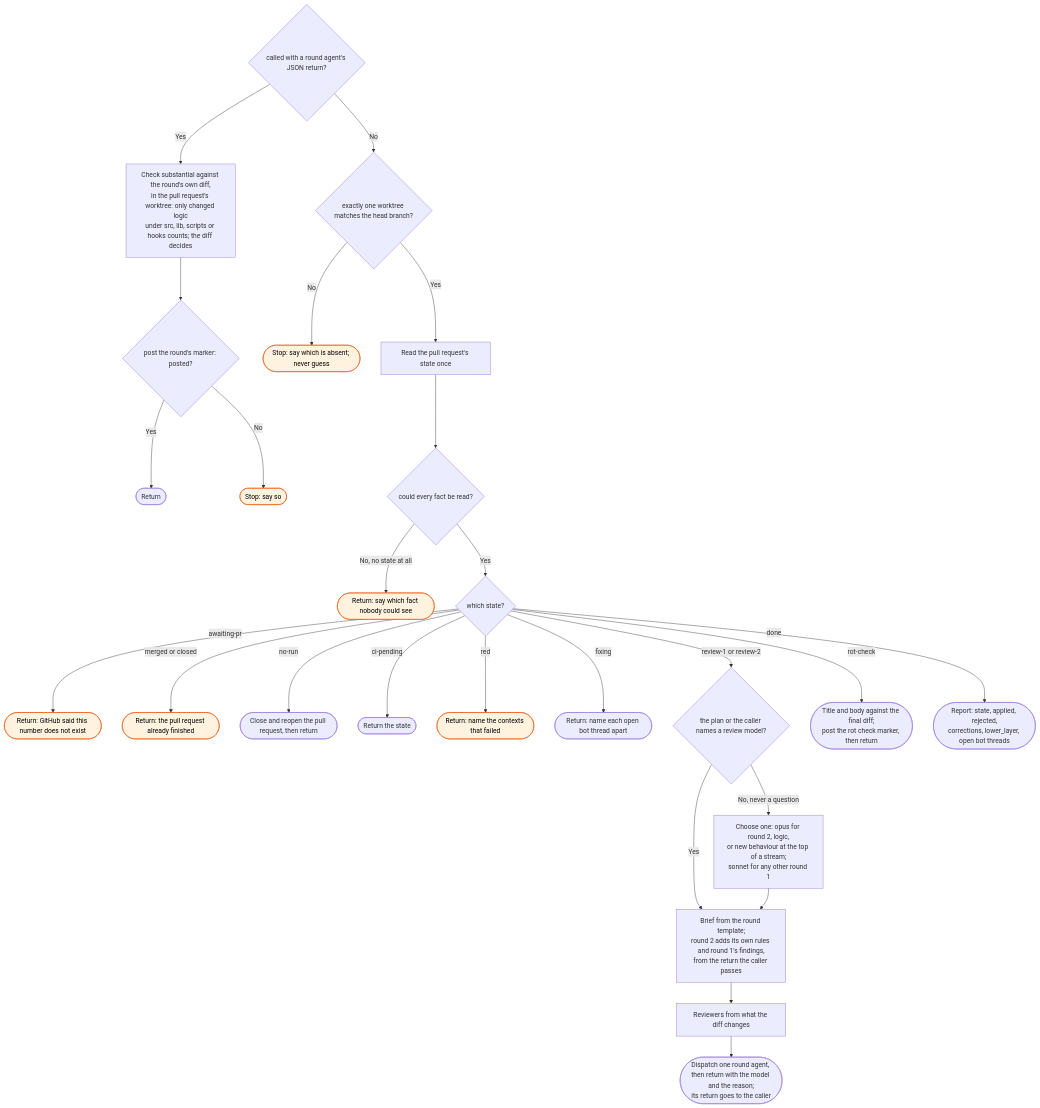
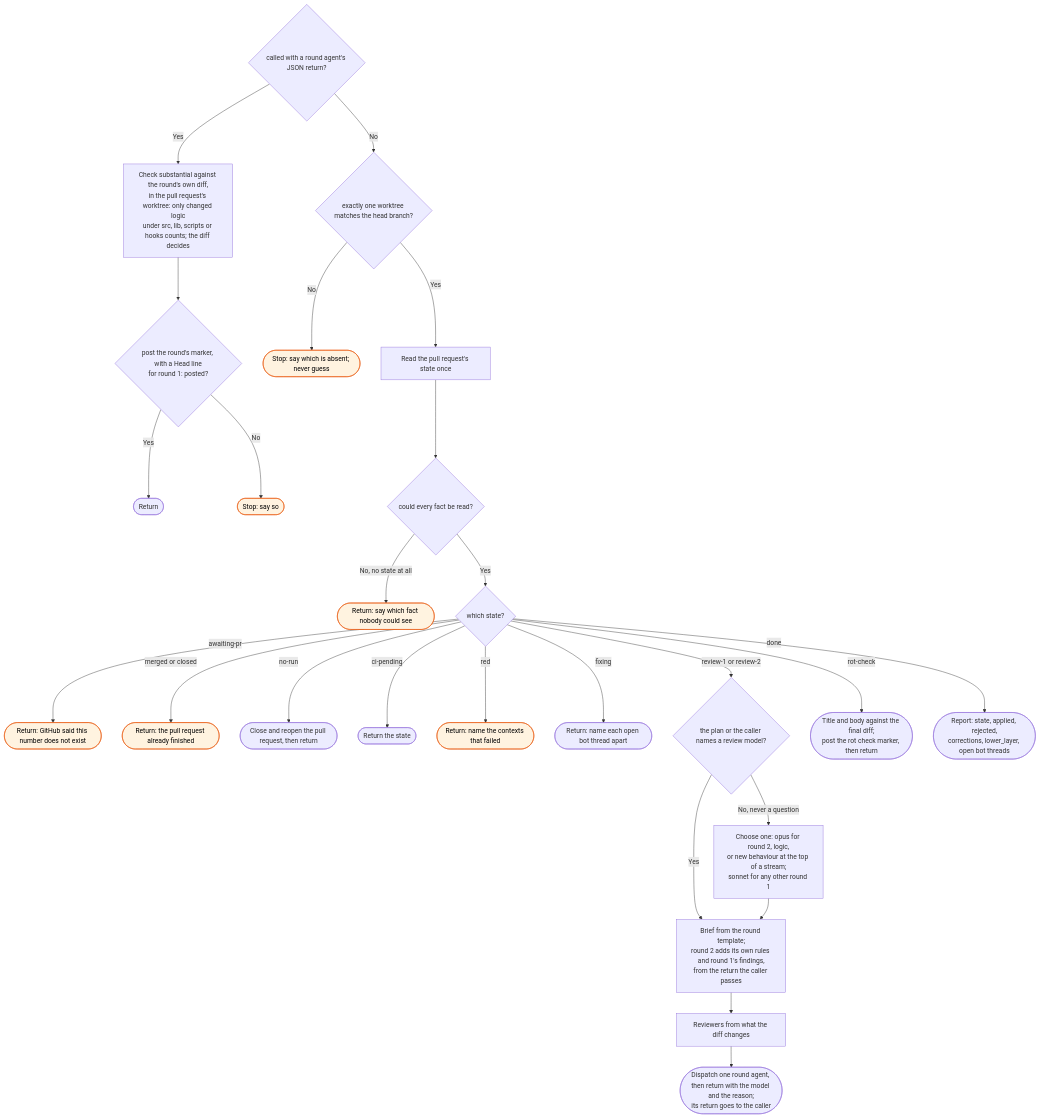
The diagram in docs/flows/workstreams/review/_skill-flow.md (bje-settings/claude), drawn with Mermaid before and after one commit. The commit also changed other lines of this file and 17 other files, not shown here.

````diff
--- a/docs/flows/workstreams/review/_skill-flow.md
+++ b/docs/flows/workstreams/review/_skill-flow.md
@@ -15,34 +15,34 @@
 ```mermaid
 flowchart TD
     R0{called with a round agent's JSON return?}
     R0 -->|Yes| RS[Check substantial against the round's own diff,<br/>in the pull request's worktree: only changed logic<br/>under src, lib, scripts or hooks counts; the diff decides]
-    RS --> R2{post the round's marker: posted?}
+    RS --> R2{post the round's marker, with a Head line<br/>for round 1: posted?}
     R2 -->|Yes| R1([Return])
     R2 -->|No| R3([Stop: say so]):::stop
     R0 -->|No| W{exactly one worktree matches the head branch?}
     W -->|No| W1([Stop: say which is absent; never guess]):::stop
     W -->|Yes| C[Read the pull request's state once]
 
     C --> D{could every fact be read?}
     D -->|No, no state at all| D1([Return: say which fact nobody could see]):::stop
     D -->|Yes| E{which state?}
 
     E -->|awaiting-pr| E1([Return: GitHub said this number does not exist]):::stop
     E -->|merged or closed| E1b([Return: the pull request already finished]):::stop
     E -->|no-run| F([Close and reopen the pull request, then return])
     E -->|ci-pending| G([Return the state])
     E -->|red| G1([Return: name the contexts that failed]):::stop
     E -->|fixing| G2([Return: name each open bot thread apart])
 
     E -->|review-1 or review-2| M{the plan or the caller names a review model?}
     M -->|Yes| I
     M -->|No, never a question| M1[Choose one: opus for round 2, logic,<br/>or new behaviour at the top of a stream;<br/>sonnet for any other round 1] --> I
     I[Brief from the round template;<br/>round 2 adds its own rules and round 1's findings,<br/>from the return the caller passes]
     I --> J[Reviewers from what the diff changes]
     J --> K([Dispatch one round agent, then return with the model and the reason;<br/>its return goes to the caller])
 
     E -->|rot-check| Q([Title and body against the final diff;<br/>post the rot check marker, then return])
     E -->|done| S([Report: state, applied, rejected,<br/>corrections, lower_layer, open bot threads])
 
     classDef stop fill:#fff3e0,stroke:#e65100,color:#000
 ```
````
